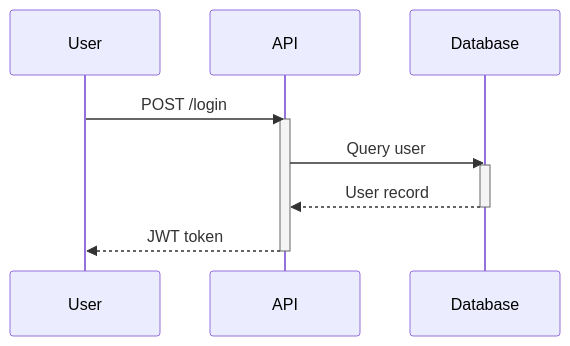
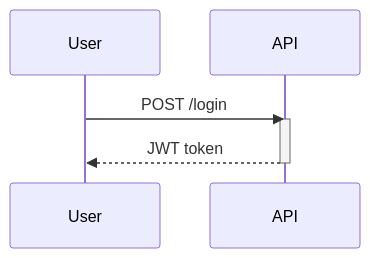
One commit to mgourlis/pydomain changed the second of 4 diagrams in .claude/skills/diagramming/references/mermaid.md. Above: the diagram before and after it, drawn with Mermaid. The commit also changed other lines of this file and 30 other files, not shown here.

````diff
--- a/.claude/skills/diagramming/references/mermaid.md
+++ b/.claude/skills/diagramming/references/mermaid.md
@@ -131,15 +36,10 @@
 ```mermaid
 sequenceDiagram
     participant U as User
     participant A as API
-    participant DB as Database
-
     U->>A: POST /login
     activate A
-    A->>DB: Query user
-    activate DB
-    DB-->>A: User record
-    deactivate DB
     A-->>U: JWT token
     deactivate A
+
 ```
````
